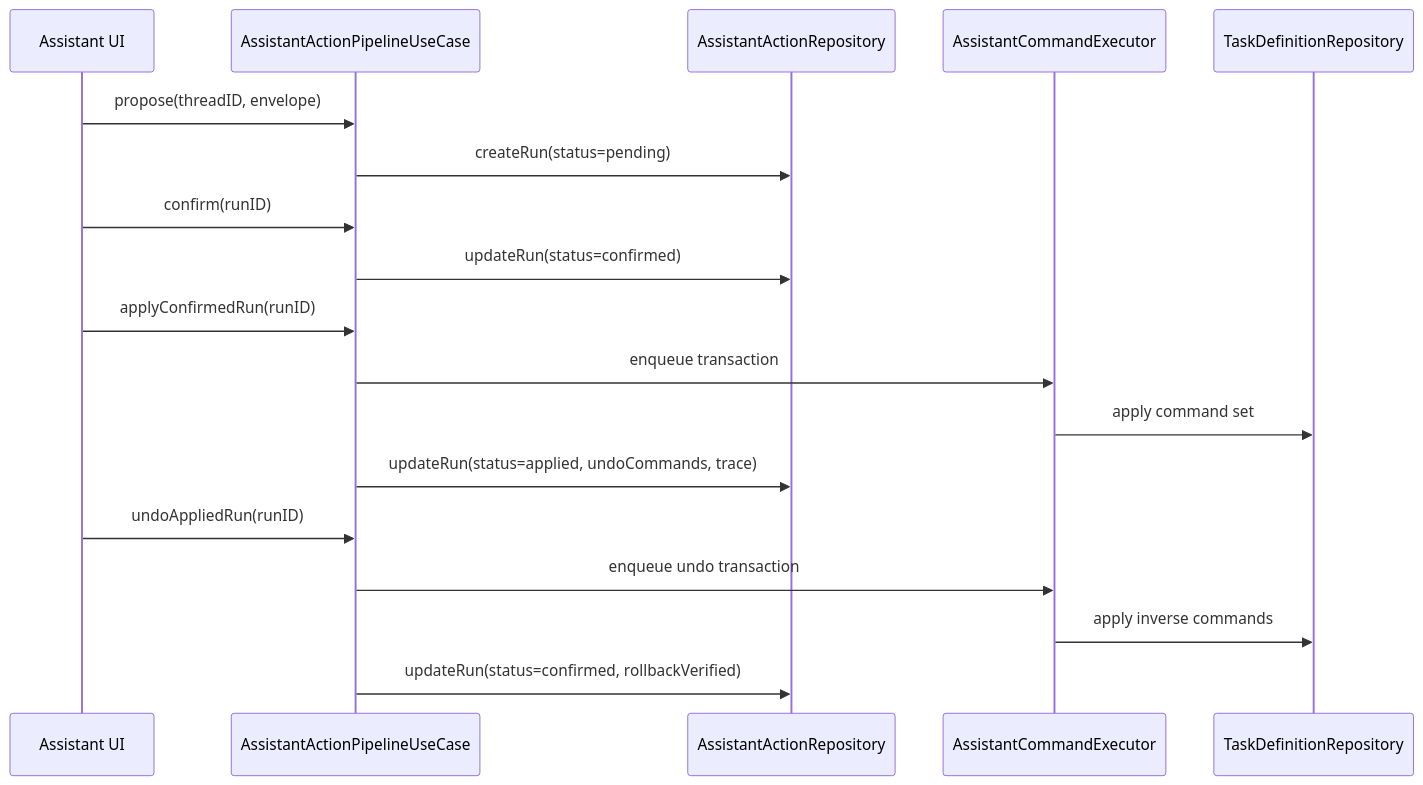
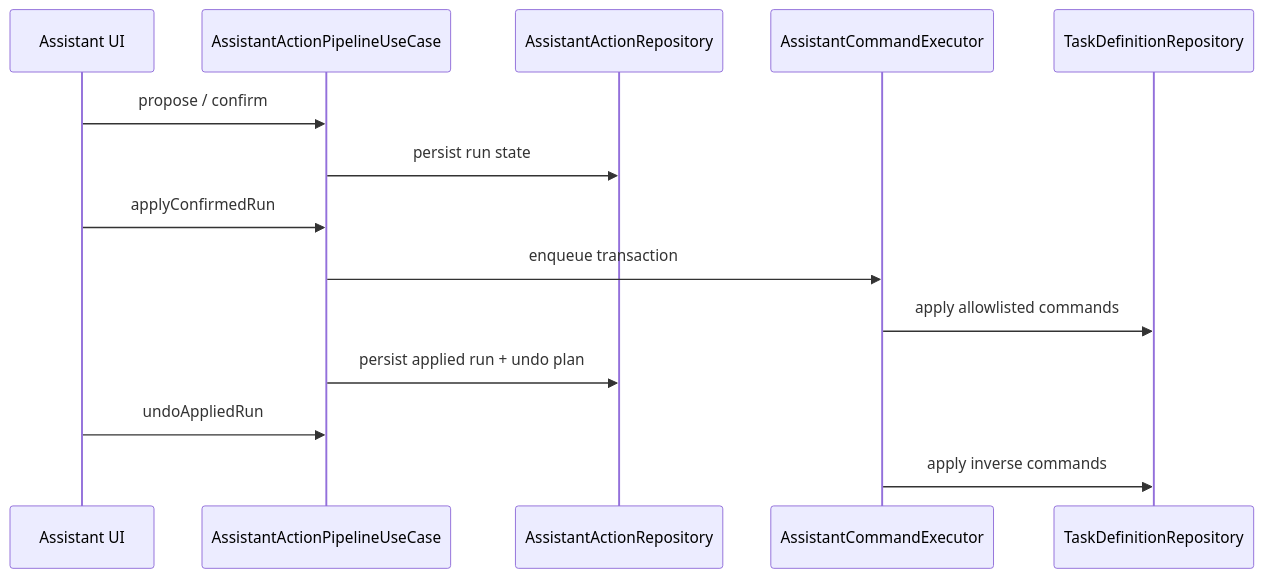
Before and after one commit to Saransh-Sharma/Tasker: the third of 3 diagrams in docs/architecture/usecases-v2.md, drawn with Mermaid. The commit also changed other lines of this file and 10 other files, not shown here.

Commit message:
docs: update architecture documentation for V3

````diff
--- a/docs/architecture/usecases-v2.md
+++ b/docs/architecture/usecases-v2.md
@@ -234,24 +160,17 @@
 ```mermaid
 sequenceDiagram
     participant UI as Assistant UI
-    participant P as AssistantActionPipelineUseCase
-    participant AR as AssistantActionRepository
-    participant EX as AssistantCommandExecutor
-    participant TR as TaskDefinitionRepository
+    participant PIPE as AssistantActionPipelineUseCase
+    participant STORE as AssistantActionRepository
+    participant EXEC as AssistantCommandExecutor
+    participant TASKS as TaskDefinitionRepository
 
-    UI->>P: propose(threadID, envelope)
-    P->>AR: createRun(status=pending)
-
-    UI->>P: confirm(runID)
-    P->>AR: updateRun(status=confirmed)
-
-    UI->>P: applyConfirmedRun(runID)
-    P->>EX: enqueue transaction
-    EX->>TR: apply command set
-    P->>AR: updateRun(status=applied, undoCommands, trace)
-
-    UI->>P: undoAppliedRun(runID)
-    P->>EX: enqueue undo transaction
-    EX->>TR: apply inverse commands
-    P->>AR: updateRun(status=confirmed, rollbackVerified)
+    UI->>PIPE: propose / confirm
+    PIPE->>STORE: persist run state
+    UI->>PIPE: applyConfirmedRun
+    PIPE->>EXEC: enqueue transaction
+    EXEC->>TASKS: apply allowlisted commands
+    PIPE->>STORE: persist applied run + undo plan
+    UI->>PIPE: undoAppliedRun
+    EXEC->>TASKS: apply inverse commands
 ```
````
